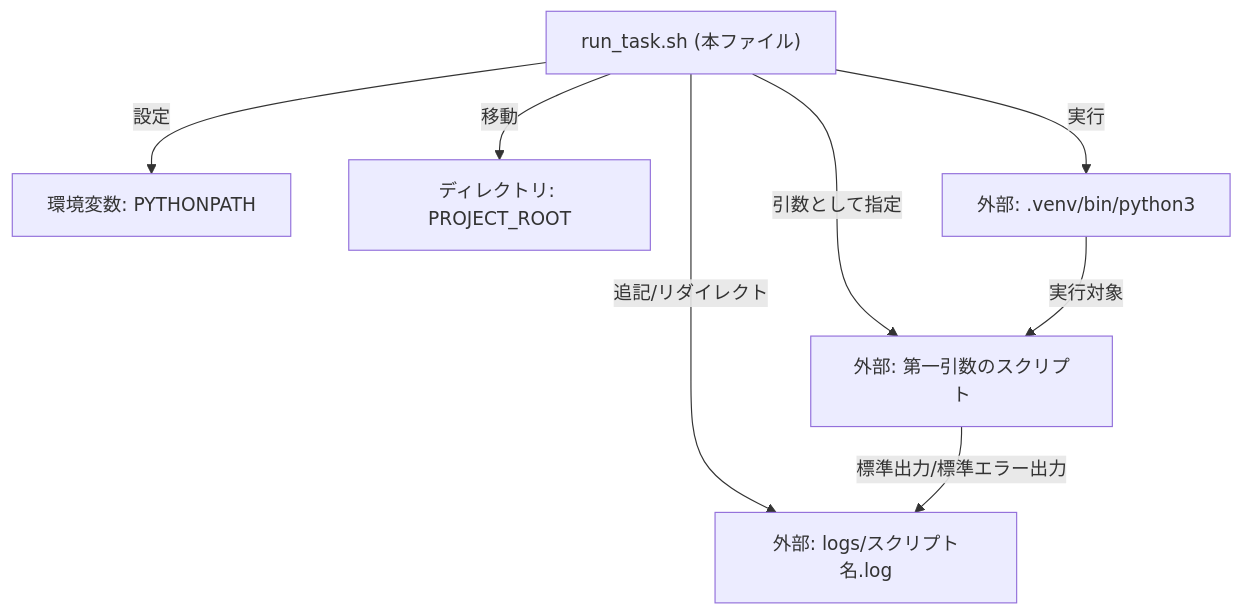
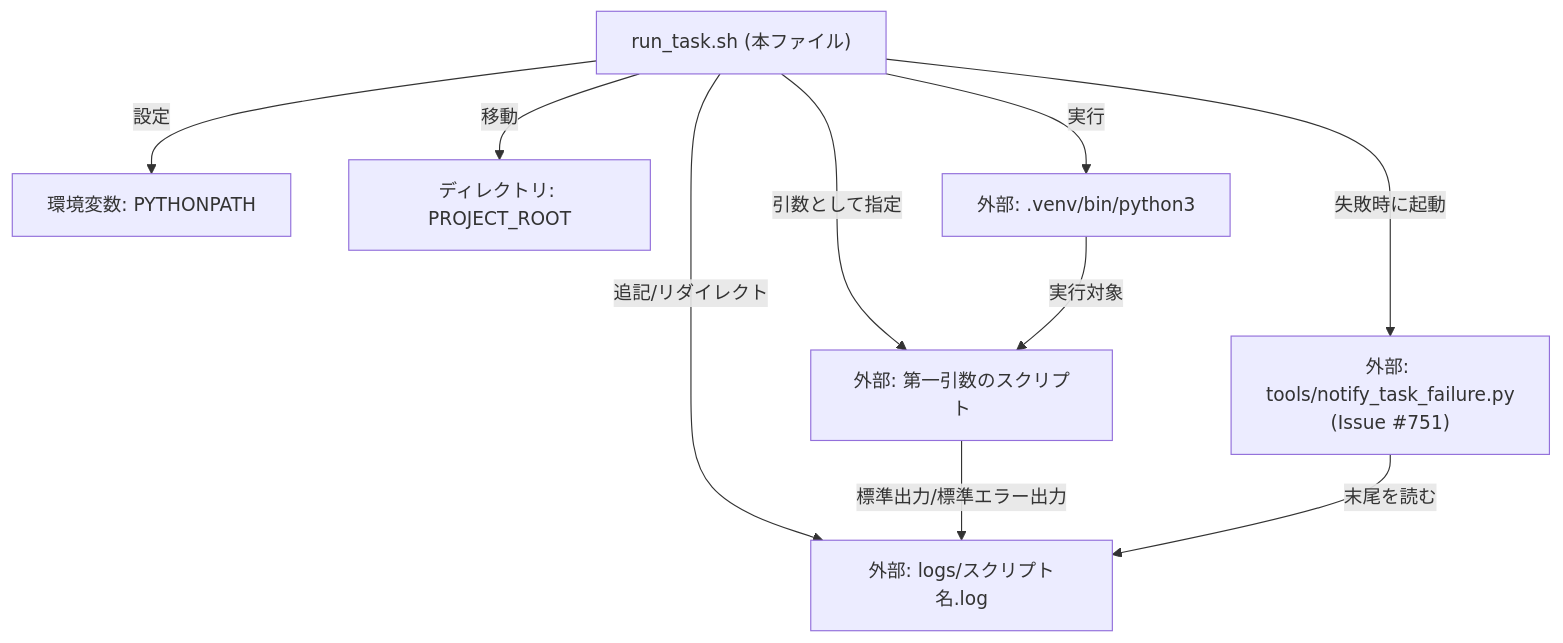
The second of 2 diagrams in docs/specifications/MY_HOME_SYSTEM/run_task.md (mmtigers/my_python_project), drawn with Mermaid before and after one commit. The commit also changed other lines of this file and 66 other files, not shown here.

````diff
--- a/docs/specifications/MY_HOME_SYSTEM/run_task.md
+++ b/docs/specifications/MY_HOME_SYSTEM/run_task.md
@@ -117,19 +125,23 @@
 ```mermaid
 graph TD
     WrapperScript["run_task.sh (本ファイル)"]
     EnvVar["環境変数: PYTHONPATH"]
     ProjectDir["ディレクトリ: PROJECT_ROOT"]
     
     PythonBin["外部: .venv/bin/python3"]
     TargetScript["外部: 第一引数のスクリプト"]
     LogFile["外部: logs/スクリプト名.log"]
 
     WrapperScript -- 移動 --> ProjectDir
     WrapperScript -- 設定 --> EnvVar
     WrapperScript -- 実行 --> PythonBin
     WrapperScript -- 引数として指定 --> TargetScript
     PythonBin -- 実行対象 --> TargetScript
     WrapperScript -- 追記/リダイレクト --> LogFile
     TargetScript -- 標準出力/標準エラー出力 --> LogFile
 
+    Notifier["外部: tools/notify_task_failure.py<br/>(Issue #751)"]
+    WrapperScript -- 失敗時に起動 --> Notifier
+    Notifier -- 末尾を読む --> LogFile
+
 ```
````
